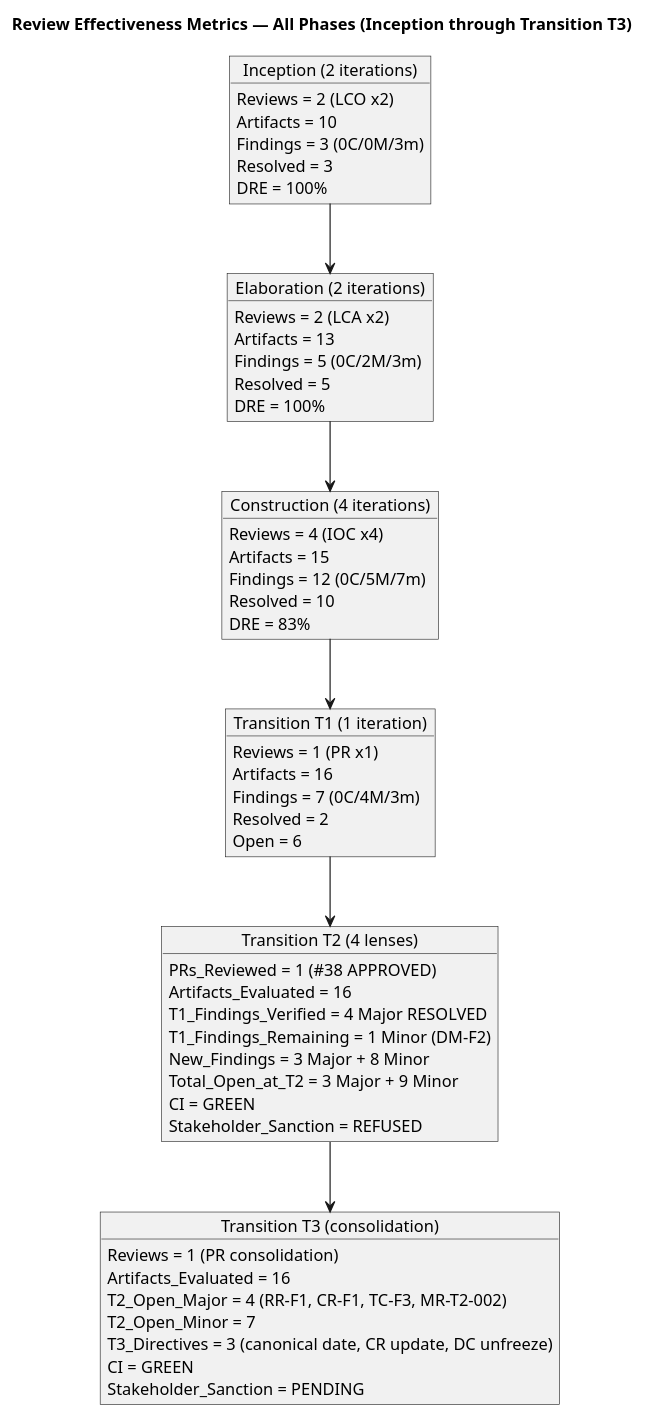
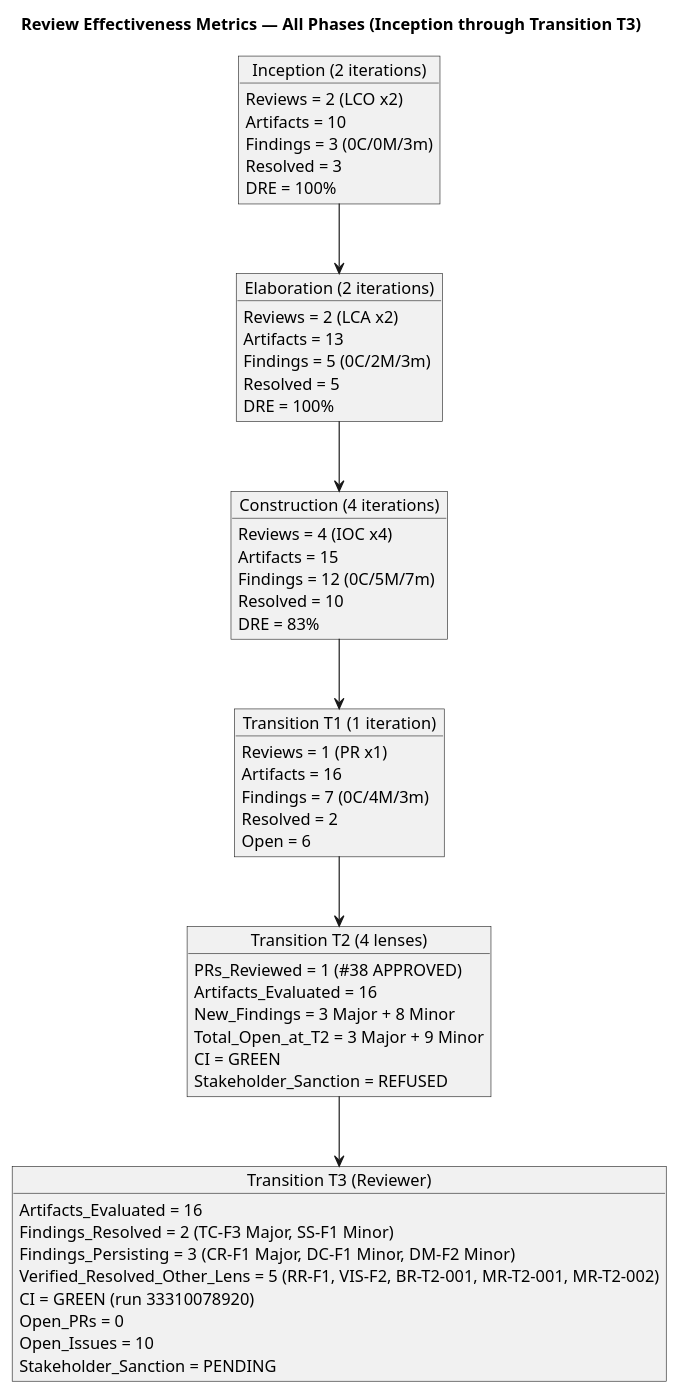
The third of 6 diagrams in docs/artifacts/project-management/review-record.md (banense-test/portal-cuba-corp), drawn with PlantUML before and after one commit. The commit also changed other lines of this file, not shown here.

First line of the commit message:
Reviewer [T3]: upsert Review Record

````diff
--- a/docs/artifacts/project-management/review-record.md
+++ b/docs/artifacts/project-management/review-record.md
@@ -218,70 +387,69 @@
 ```plantuml
 @startuml
 title Review Effectiveness Metrics — All Phases (Inception through Transition T3)
 
 skinparam classAttributeIconSize 0
 skinparam classBackgroundColor #F0F4FF
 skinparam classBorderColor #336699
 skinparam shadowing false
 
 object "Inception (2 iterations)" as INC {
   Reviews = 2 (LCO x2)
   Artifacts = 10
   Findings = 3 (0C/0M/3m)
   Resolved = 3
   DRE = 100%
 }
 
 object "Elaboration (2 iterations)" as ELA {
   Reviews = 2 (LCA x2)
   Artifacts = 13
   Findings = 5 (0C/2M/3m)
   Resolved = 5
   DRE = 100%
 }
 
 object "Construction (4 iterations)" as CON {
   Reviews = 4 (IOC x4)
   Artifacts = 15
   Findings = 12 (0C/5M/7m)
   Resolved = 10
   DRE = 83%
 }
 
 object "Transition T1 (1 iteration)" as TRA1 {
   Reviews = 1 (PR x1)
   Artifacts = 16
   Findings = 7 (0C/4M/3m)
   Resolved = 2
   Open = 6
 }
 
 object "Transition T2 (4 lenses)" as TRA2 {
   PRs_Reviewed = 1 (#38 APPROVED)
   Artifacts_Evaluated = 16
-  T1_Findings_Verified = 4 Major RESOLVED
-  T1_Findings_Remaining = 1 Minor (DM-F2)
   New_Findings = 3 Major + 8 Minor
   Total_Open_at_T2 = 3 Major + 9 Minor
   CI = GREEN
   Stakeholder_Sanction = REFUSED
 }
 
-object "Transition T3 (consolidation)" as TRA3 {
-  Reviews = 1 (PR consolidation)
+object "Transition T3 (Reviewer)" as TRA3 {
   Artifacts_Evaluated = 16
-  T2_Open_Major = 4 (RR-F1, CR-F1, TC-F3, MR-T2-002)
-  T2_Open_Minor = 7
-  T3_Directives = 3 (canonical date, CR update, DC unfreeze)
-  CI = GREEN
+  Findings_Resolved = 2 (TC-F3 Major, SS-F1 Minor)
+  Findings_Persisting = 3 (CR-F1 Major, DC-F1 Minor, DM-F2 Minor)
+  Verified_Resolved_Other_Lens = 5 (RR-F1, VIS-F2, BR-T2-001, MR-T2-001, MR-T2-002)
+  CI = GREEN (run 33310078920)
+  Open_PRs = 0
+  Open_Issues = 10
   Stakeholder_Sanction = PENDING
 }
 
 INC --> ELA
 ELA --> CON
 CON --> TRA1
 TRA1 --> TRA2
 TRA2 --> TRA3
 
 @enduml
 ```
````
